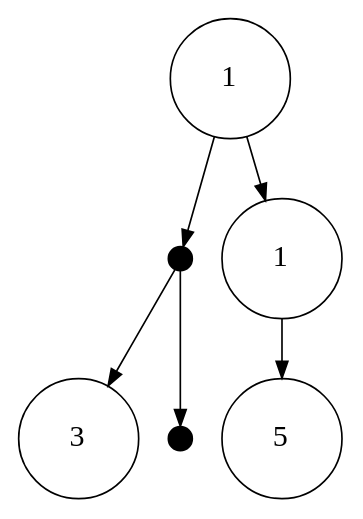
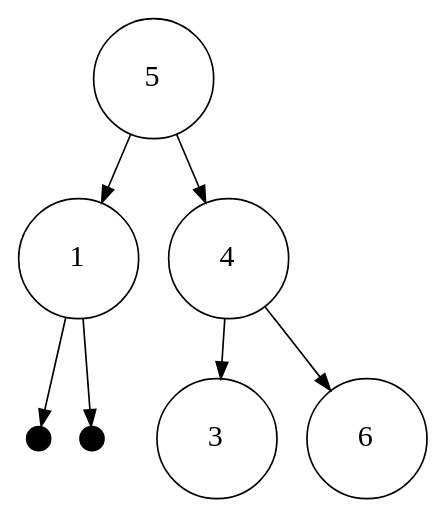
Before and after one commit to mustafasencer/AlgorithmDataStructureWithGraphviz: the diagram in algorithms/trees/Digraph.gv, drawn with Graphviz. The commit also changed 21 other files, not shown here.

```diff
--- a/algorithms/trees/Digraph.gv
+++ b/algorithms/trees/Digraph.gv
@@ -1,14 +1,16 @@
 digraph {
-	name=Tree rankdir=TB
-	1 [label=<<FONT POINT-SIZE="18" FACE="ubuntu">1</FONT><BR ALIGN="CENTER"/>> height=1 shape=circle width=1]
-	2 [label=<<FONT POINT-SIZE="18" FACE="ubuntu">null</FONT><BR ALIGN="CENTER"/>> height=.2 shape=point width=.2]
-	3 [label=<<FONT POINT-SIZE="18" FACE="ubuntu">1</FONT><BR ALIGN="CENTER"/>> height=1 shape=circle width=1]
-	4 [label=<<FONT POINT-SIZE="18" FACE="ubuntu">3</FONT><BR ALIGN="CENTER"/>> height=1 shape=circle width=1]
+	name="" rankdir=TB
+	1 [label=<<FONT POINT-SIZE="18" FACE="ubuntu">5</FONT><BR ALIGN="CENTER"/>> height=1 shape=circle width=1]
+	2 [label=<<FONT POINT-SIZE="18" FACE="ubuntu">1</FONT><BR ALIGN="CENTER"/>> height=1 shape=circle width=1]
+	3 [label=<<FONT POINT-SIZE="18" FACE="ubuntu">4</FONT><BR ALIGN="CENTER"/>> height=1 shape=circle width=1]
+	4 [label=<<FONT POINT-SIZE="18" FACE="ubuntu">null</FONT><BR ALIGN="CENTER"/>> height=.2 shape=point width=.2]
 	5 [label=<<FONT POINT-SIZE="18" FACE="ubuntu">null</FONT><BR ALIGN="CENTER"/>> height=.2 shape=point width=.2]
-	6 [label=<<FONT POINT-SIZE="18" FACE="ubuntu">5</FONT><BR ALIGN="CENTER"/>> height=1 shape=circle width=1]
+	6 [label=<<FONT POINT-SIZE="18" FACE="ubuntu">3</FONT><BR ALIGN="CENTER"/>> height=1 shape=circle width=1]
+	7 [label=<<FONT POINT-SIZE="18" FACE="ubuntu">6</FONT><BR ALIGN="CENTER"/>> height=1 shape=circle width=1]
 	1 -> 2
 	1 -> 3
 	2 -> 4
 	2 -> 5
 	3 -> 6
+	3 -> 7
 }
```
